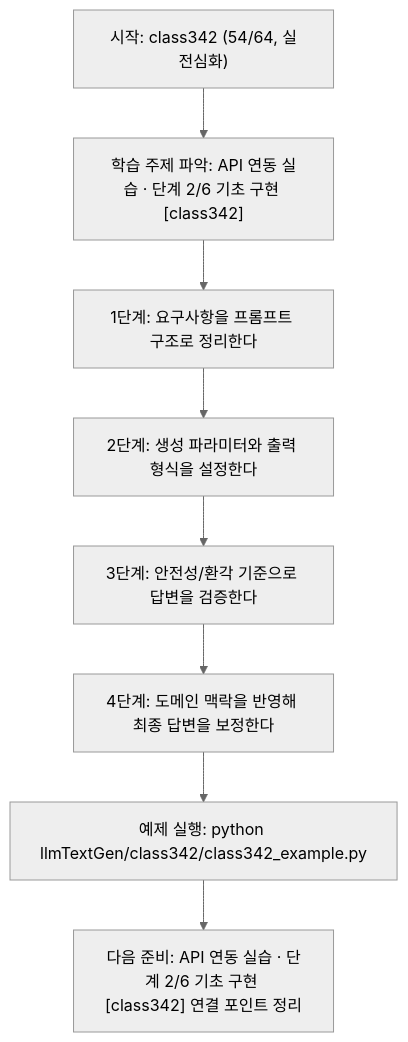
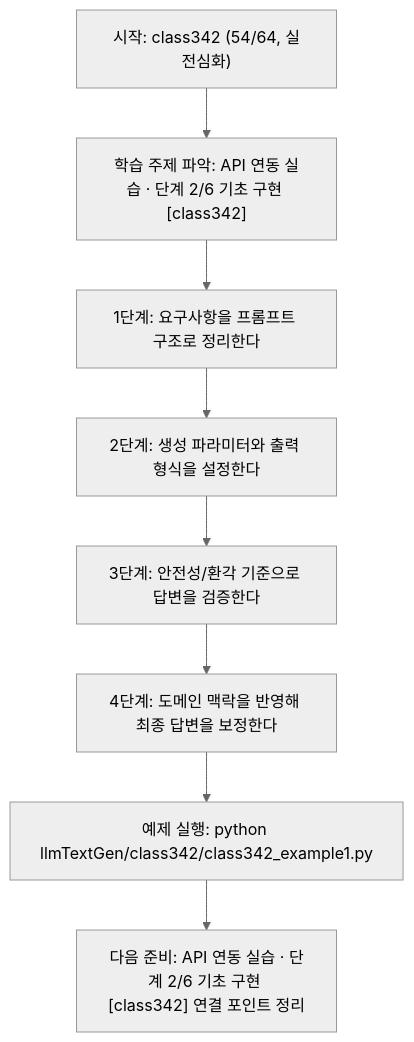
The diagram in llmTextGen/class342/class342.md (edumgt/Python-AI_Agent-Class), drawn with Mermaid (neutral theme) before and after one commit. The commit also changed other lines of this file and 2959 other files, not shown here.

````diff
--- a/llmTextGen/class342/class342.md
+++ b/llmTextGen/class342/class342.md
@@ -114,18 +114,18 @@
 ```mermaid
 flowchart TD
 N1["시작: class342 (54/64, 실전심화)"]
 N2["학습 주제 파악: API 연동 실습 · 단계 2/6 기초 구현 [class342]"]
 N3["1단계: 요구사항을 프롬프트 구조로 정리한다"]
 N4["2단계: 생성 파라미터와 출력 형식을 설정한다"]
 N5["3단계: 안전성/환각 기준으로 답변을 검증한다"]
 N6["4단계: 도메인 맥락을 반영해 최종 답변을 보정한다"]
-N7["예제 실행: python llmTextGen/class342/class342_example.py"]
+N7["예제 실행: python llmTextGen/class342/class342_example1.py"]
 N8["다음 준비: API 연동 실습 · 단계 2/6 기초 구현 [class342] 연결 포인트 정리"]
 N1 --> N2
 N2 --> N3
 N3 --> N4
 N4 --> N5
 N5 --> N6
 N6 --> N7
 N7 --> N8
 ```
````
